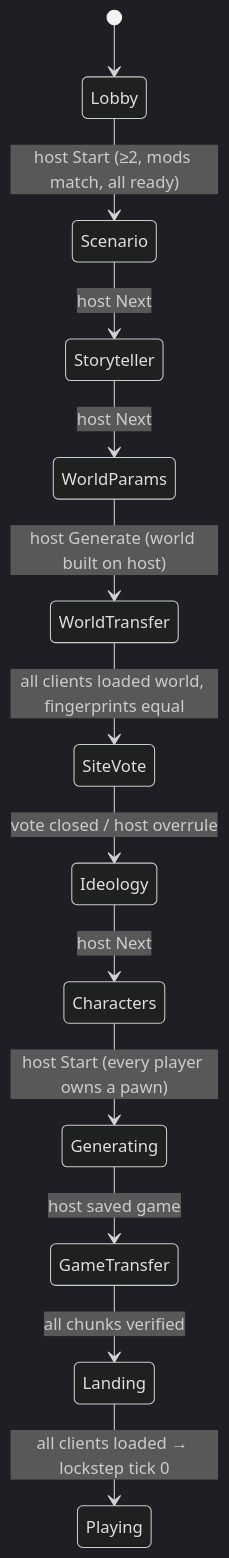
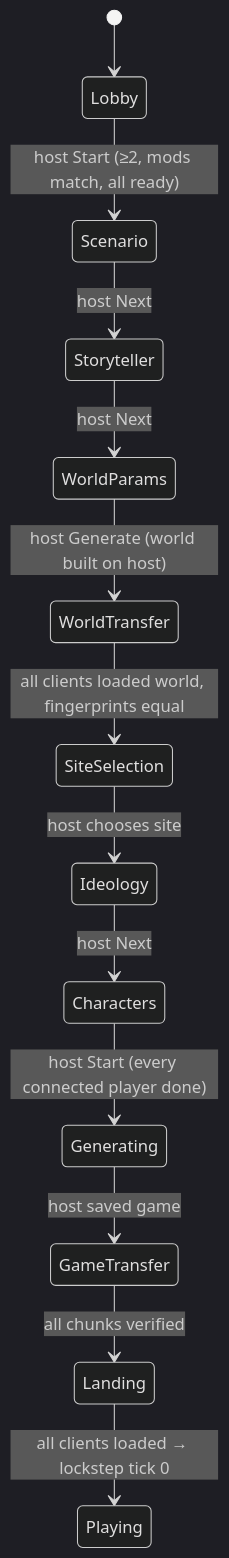
One commit to 858855/RimworldMP changed the second of 3 diagrams in docs/plans/rimworldmp-full-plan.md. Above: the diagram before and after it, drawn with Mermaid (dark theme). The commit also changed other lines of this file and 2 other files, not shown here.

First line of the commit message:
docs(decision): site flags with host choice, all players ready for characters (ADR 0015)

````diff
--- a/docs/plans/rimworldmp-full-plan.md
+++ b/docs/plans/rimworldmp-full-plan.md
@@ -237,15 +238,15 @@
 ```mermaid
 stateDiagram-v2
     [*] --> Lobby
     Lobby --> Scenario: host Start (≥2, mods match, all ready)
     Scenario --> Storyteller: host Next
     Storyteller --> WorldParams: host Next
     WorldParams --> WorldTransfer: host Generate (world built on host)
-    WorldTransfer --> SiteVote: all clients loaded world, fingerprints equal
-    SiteVote --> Ideology: vote closed / host overrule
+    WorldTransfer --> SiteSelection: all clients loaded world, fingerprints equal
+    SiteSelection --> Ideology: host chooses site
     Ideology --> Characters: host Next
-    Characters --> Generating: host Start (every player owns a pawn)
+    Characters --> Generating: host Start (every connected player done)
     Generating --> GameTransfer: host saved game
     GameTransfer --> Landing: all chunks verified
     Landing --> Playing: all clients loaded → lockstep tick 0
 ```
````
